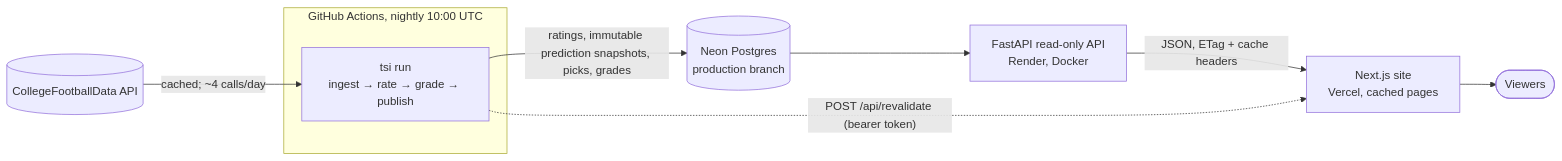
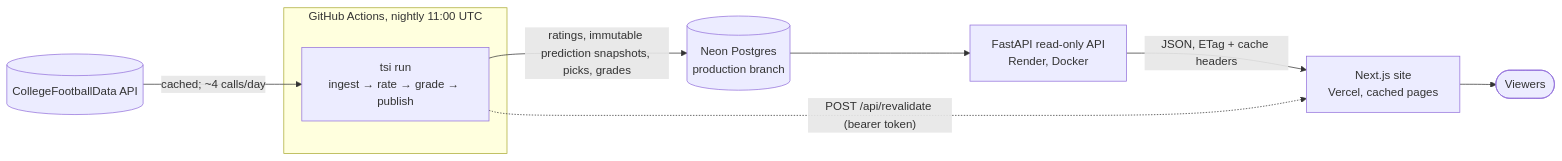
The diagram in README.md (GageSwann/the-swann-index), drawn with Mermaid before and after one commit. The commit also changed 9 other files, not shown here.

First line of the commit message:
ci(nightly): start the nightly run from cron-job.org at 11:00 UTC (Phase 12.1, #126)

````diff
--- a/README.md
+++ b/README.md
@@ -35,18 +35,18 @@
 ```mermaid
 flowchart LR
     CFBD[(CollegeFootballData API)]
-    subgraph Nightly["GitHub Actions, nightly 10:00 UTC"]
+    subgraph Nightly["GitHub Actions, nightly 11:00 UTC"]
         RUN["tsi run<br/>ingest → rate → grade → publish"]
     end
     DB[(Neon Postgres<br/>production branch)]
     API["FastAPI read-only API<br/>Render, Docker"]
     WEB["Next.js site<br/>Vercel, cached pages"]
     VIEW([Viewers])
 
     CFBD -- "cached; ~4 calls/day" --> RUN
     RUN -- "ratings, immutable prediction snapshots, picks, grades" --> DB
     DB --> API
     API -- "JSON, ETag + cache headers" --> WEB
     WEB --> VIEW
     RUN -. "POST /api/revalidate (bearer token)" .-> WEB
 ```
````
